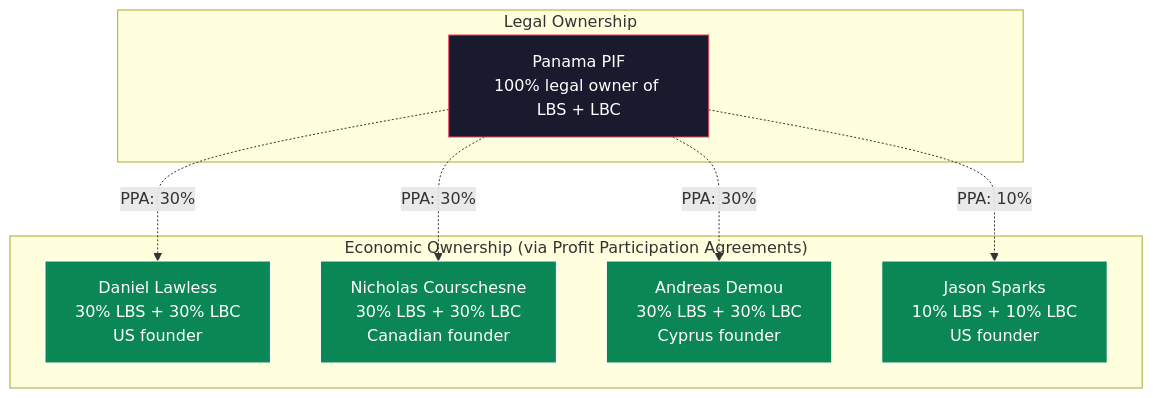
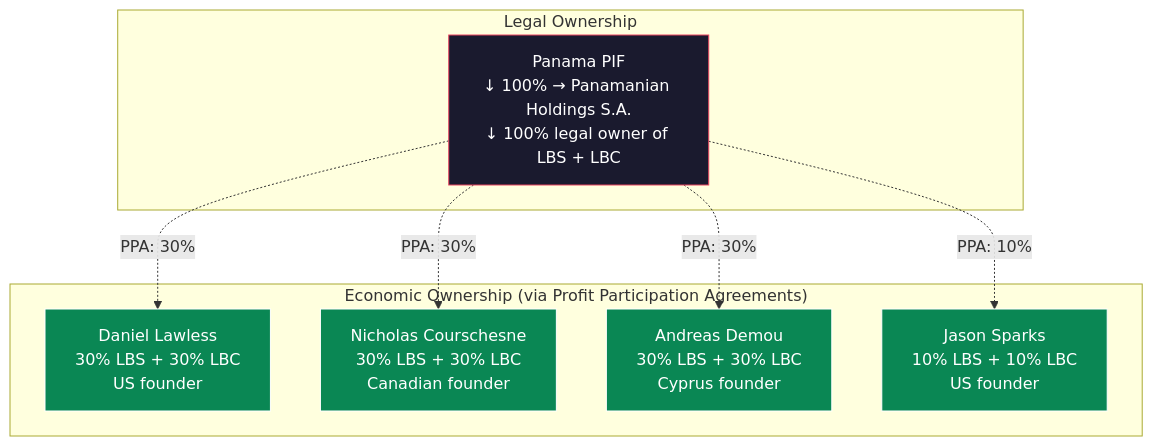
The first of 5 diagrams in docs/tax-structure/10-LB-PROFIT-PARTICIPATION-FRAMEWORK.md (Light-Brands/epic-center), drawn with Mermaid before and after one commit. The commit also changed other lines of this file and 9 other files, not shown here.

First line of the commit message:
Insert Panamanian Holdings S.A. between PIF and operating entities

````diff
--- a/docs/tax-structure/10-LB-PROFIT-PARTICIPATION-FRAMEWORK.md
+++ b/docs/tax-structure/10-LB-PROFIT-PARTICIPATION-FRAMEWORK.md
@@ -17,24 +17,24 @@
 ```mermaid
 graph TB
     subgraph "Legal Ownership"
-        PIF["Panama PIF<br/>100% legal owner of LBS + LBC"]
+        PIF["Panama PIF<br/>↓ 100% → Panamanian Holdings S.A.<br/>↓ 100% legal owner of LBS + LBC"]
     end
 
     subgraph "Economic Ownership (via Profit Participation Agreements)"
         DL["Daniel Lawless<br/>30% LBS + 30% LBC<br/>US founder"]
         NC["Nicholas Courschesne<br/>30% LBS + 30% LBC<br/>Canadian founder"]
         AD["Andreas Demou<br/>30% LBS + 30% LBC<br/>Cyprus founder"]
         JS["Jason Sparks<br/>10% LBS + 10% LBC<br/>US founder"]
     end
 
     PIF -.->|"PPA: 30%"| DL
     PIF -.->|"PPA: 30%"| NC
     PIF -.->|"PPA: 30%"| AD
     PIF -.->|"PPA: 10%"| JS
 
     style PIF fill:#1a1a2e,stroke:#e94560,color:#fff
     style DL fill:#0a8754,stroke:#fff,color:#fff
     style NC fill:#0a8754,stroke:#fff,color:#fff
     style AD fill:#0a8754,stroke:#fff,color:#fff
     style JS fill:#0a8754,stroke:#fff,color:#fff
 ```
````
